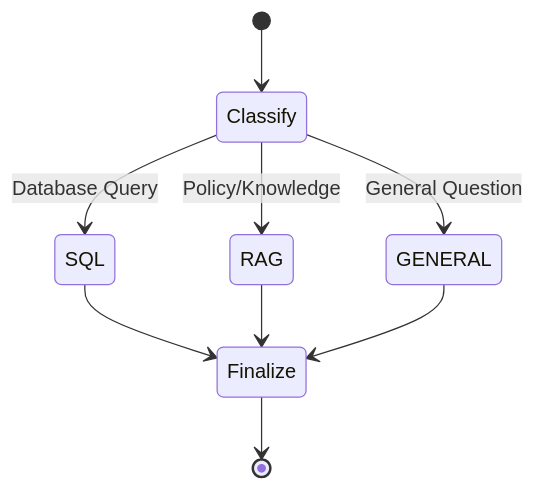
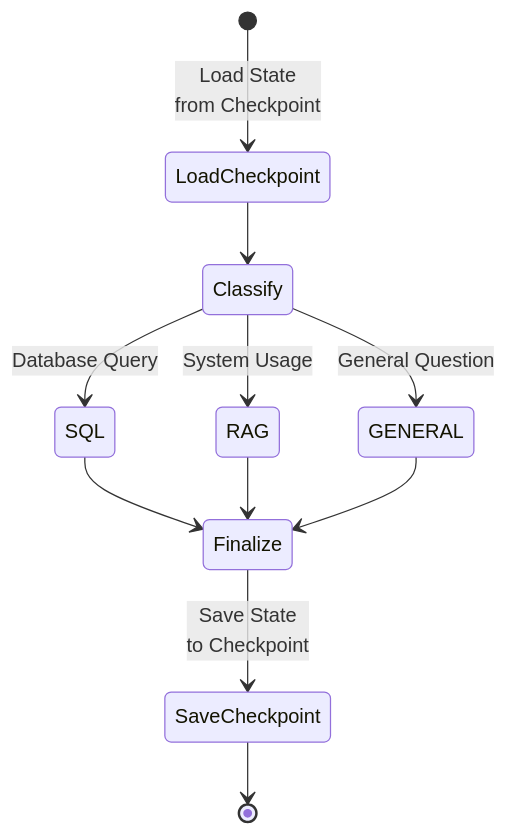
The third of 15 diagrams in docs/ARCHITECTURE.md (sandinosaso/advanced-ai-agent), drawn with Mermaid before and after one commit. The commit also changed other lines of this file and 9 other files, not shown here.

````diff
--- a/docs/ARCHITECTURE.md
+++ b/docs/ARCHITECTURE.md
@@ -113,11 +115,13 @@
 ```mermaid
 stateDiagram-v2
-    [*] --> Classify
+    [*] --> LoadCheckpoint: Load State<br/>from Checkpoint
+    LoadCheckpoint --> Classify
     Classify --> SQL: Database Query
-    Classify --> RAG: Policy/Knowledge
+    Classify --> RAG: System Usage
     Classify --> GENERAL: General Question
     SQL --> Finalize
     RAG --> Finalize
     GENERAL --> Finalize
-    Finalize --> [*]
+    Finalize --> SaveCheckpoint: Save State<br/>to Checkpoint
+    SaveCheckpoint --> [*]
 ```
````
